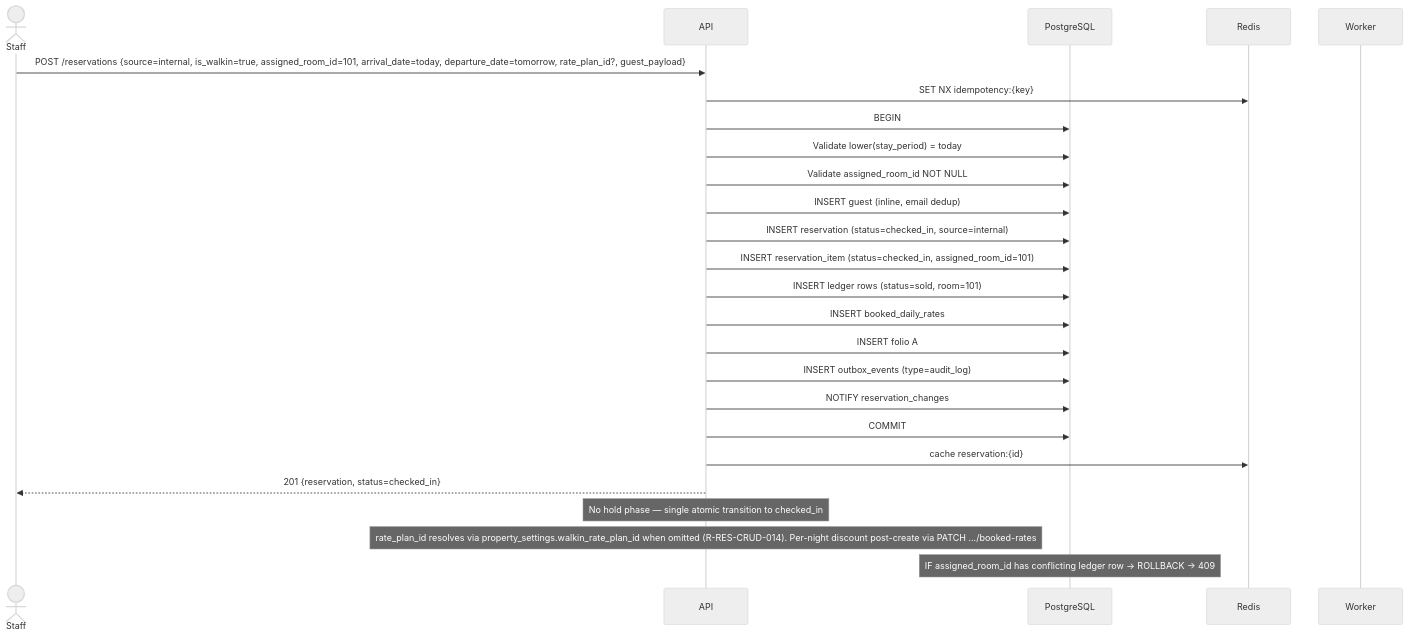
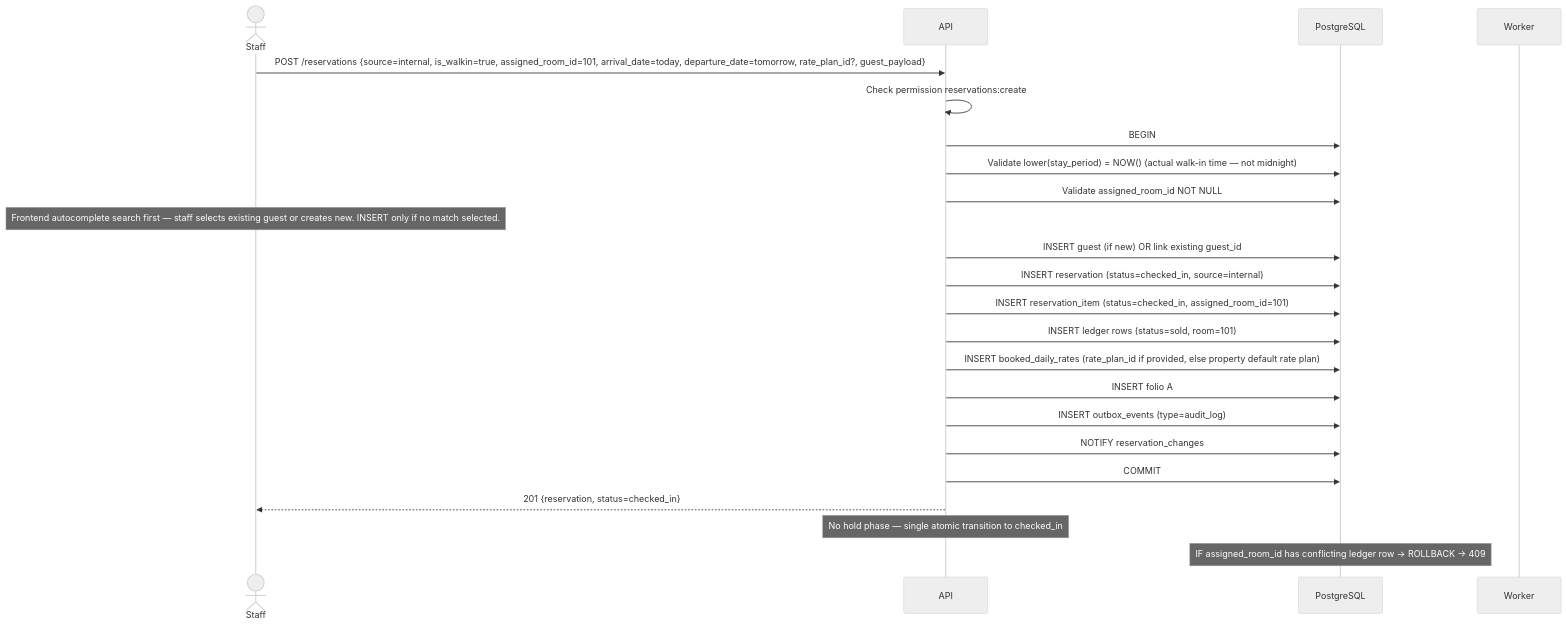
Before and after one commit to mallytj/yop-pms: the fourth of 33 diagrams in docs/flows/reservations.md, drawn with Mermaid (neutral theme). The commit also changed other lines of this file, not shown here.

Commit message:
docs(reservations): update the flows post review

````diff
--- a/docs/flows/reservations.md
+++ b/docs/flows/reservations.md
@@ -242,29 +286,27 @@
 ```mermaid
 sequenceDiagram
     actor Staff
     participant API
     participant DB as PostgreSQL
-    participant Redis
     participant Worker
 
     Staff->>API: POST /reservations {source=internal, is_walkin=true, assigned_room_id=101, arrival_date=today, departure_date=tomorrow, rate_plan_id?, guest_payload}
-    API->>Redis: SET NX idempotency:{key}
+    API->>API: Check permission reservations:create
     API->>DB: BEGIN
-    API->>DB: Validate lower(stay_period) = today
+    API->>DB: Validate lower(stay_period) = NOW() (actual walk-in time — not midnight)
     API->>DB: Validate assigned_room_id NOT NULL
-    API->>DB: INSERT guest (inline, email dedup)
+    Note over Staff: Frontend autocomplete search first — staff selects existing guest or creates new. INSERT only if no match selected.
+    API->>DB: INSERT guest (if new) OR link existing guest_id
     API->>DB: INSERT reservation (status=checked_in, source=internal)
     API->>DB: INSERT reservation_item (status=checked_in, assigned_room_id=101)
     API->>DB: INSERT ledger rows (status=sold, room=101)
-    API->>DB: INSERT booked_daily_rates
+    API->>DB: INSERT booked_daily_rates (rate_plan_id if provided, else property default rate plan)
     API->>DB: INSERT folio A
     API->>DB: INSERT outbox_events (type=audit_log)
     API->>DB: NOTIFY reservation_changes
     API->>DB: COMMIT
-    API->>Redis: cache reservation:{id}
     API-->>Staff: 201 {reservation, status=checked_in}
 
     Note over API: No hold phase — single atomic transition to checked_in
-    Note over API: rate_plan_id resolves via property_settings.walkin_rate_plan_id when omitted (R-RES-CRUD-014). Per-night discount post-create via PATCH .../booked-rates
     Note over DB: IF assigned_room_id has conflicting ledger row → ROLLBACK → 409
 ```
````
